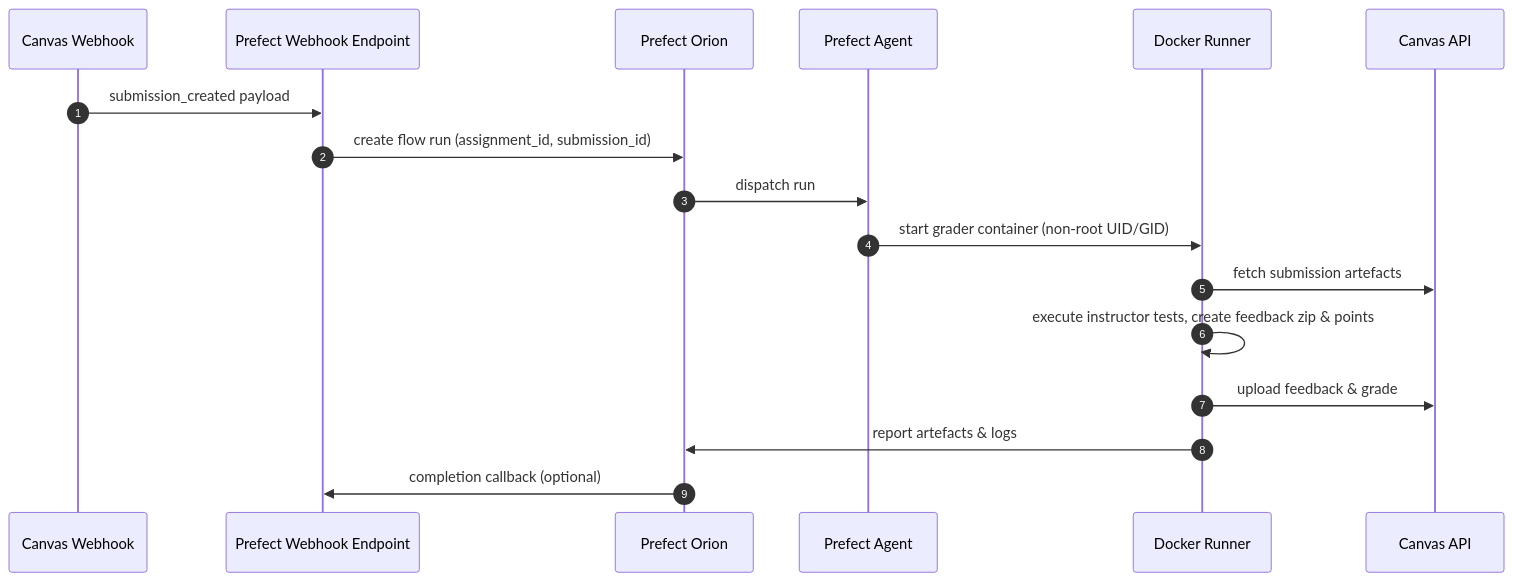
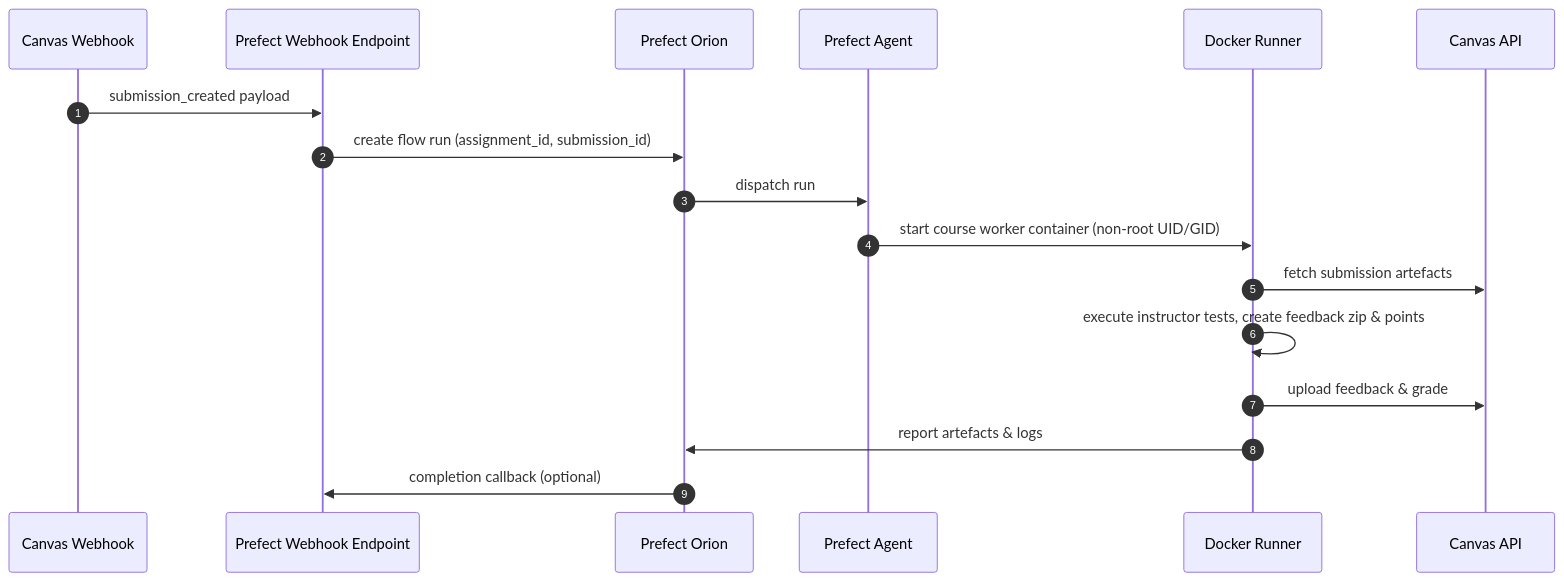
Before and after one commit to jakob1379/Canvas-Code-Correction: the first of 2 diagrams in docs/architecture.md, drawn with Mermaid. The commit also changed other lines of this file and 5 other files, not shown here.

Commit message:
refactor: execute grader commands inside course docker worker

````diff
--- a/docs/architecture.md
+++ b/docs/architecture.md
@@ -34,20 +36,20 @@
 ```mermaid
 sequenceDiagram
     autonumber
     participant Webhook as Canvas Webhook
     participant WebhookEndpoint as Prefect Webhook Endpoint
     participant Prefect as Prefect Orion
     participant Agent as Prefect Agent
     participant Runner as Docker Runner
     participant Canvas as Canvas API
 
     Webhook->>WebhookEndpoint: submission_created payload
     WebhookEndpoint->>Prefect: create flow run (assignment_id, submission_id)
     Prefect->>Agent: dispatch run
-    Agent->>Runner: start grader container (non-root UID/GID)
+    Agent->>Runner: start course worker container (non-root UID/GID)
     Runner->>Canvas: fetch submission artefacts
     Runner->>Runner: execute instructor tests, create feedback zip & points
     Runner->>Canvas: upload feedback & grade
     Runner->>Prefect: report artefacts & logs
     Prefect->>WebhookEndpoint: completion callback (optional)
 ```
````
